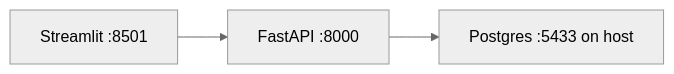
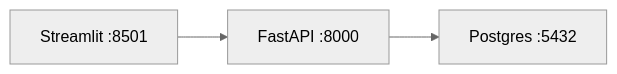
One commit to hchai4/logistics-billing-anomaly-agent changed the second of 2 diagrams in README.md. Above: the diagram before and after it, drawn with Mermaid (neutral theme). The commit also changed other lines of this file and 1 other file, not shown here.

First line of the commit message:
Document the host steps Tab 2 needs and publish Postgres on 5432.

````diff
--- a/README.md
+++ b/README.md
@@ -81,5 +81,5 @@
 ```mermaid
 flowchart LR
   UI[Streamlit :8501] --> API[FastAPI :8000]
-  API --> PG[Postgres :5433 on host]
+  API --> PG[Postgres :5432]
 ```
````
